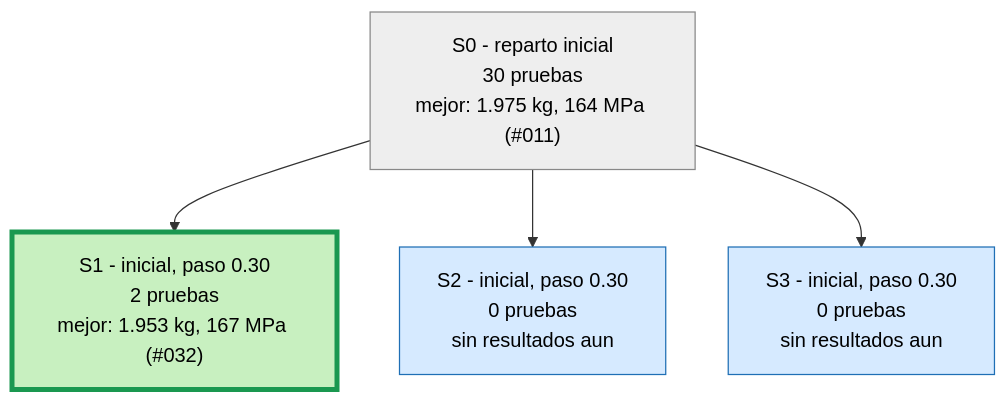
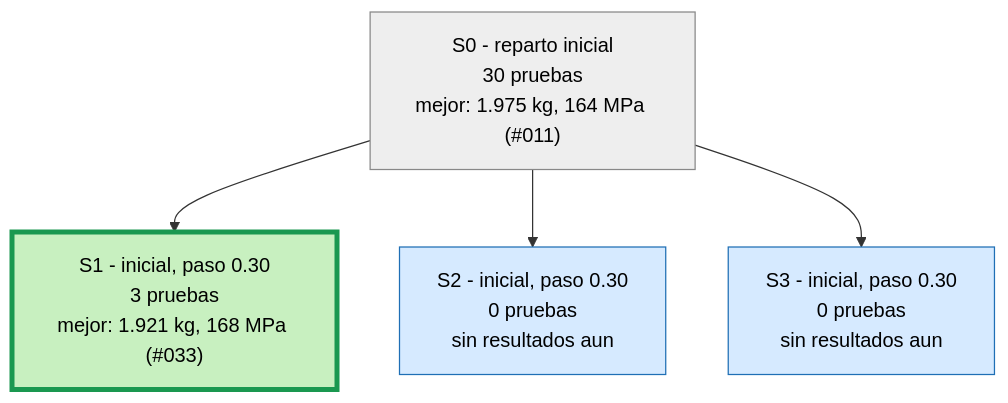
Before and after one commit to Hugiko/msd-soporte-optimizacion: the first of 4 diagrams in runs/opt_37800N/ARBOL.md, drawn with Mermaid. The commit also changed 43 other files, not shown here.

Commit message:
NUEVO MEJOR DISENO: 1.921 kg, 168 MPa (SimJEB modificado 033)

````diff
--- a/runs/opt_37800N/ARBOL.md
+++ b/runs/opt_37800N/ARBOL.md
@@ -9,13 +9,13 @@
 ```mermaid
 graph TD
 classDef activa fill:#d6eaff,stroke:#1f6fb5,color:#000
 classDef fin fill:#eeeeee,stroke:#888,color:#000
 classDef mejor fill:#c8f0c0,stroke:#1a9850,stroke-width:4px,color:#000
 S0["S0 - reparto inicial<br/>30 pruebas<br/>mejor: 1.975 kg, 164 MPa (#011)"]:::fin
-S1["S1 - inicial, paso 0.30<br/>2 pruebas<br/>mejor: 1.953 kg, 167 MPa (#032)"]:::mejor
+S1["S1 - inicial, paso 0.30<br/>3 pruebas<br/>mejor: 1.921 kg, 168 MPa (#033)"]:::mejor
 S0 --> S1
 S2["S2 - inicial, paso 0.30<br/>0 pruebas<br/>sin resultados aun"]:::activa
 S0 --> S2
 S3["S3 - inicial, paso 0.30<br/>0 pruebas<br/>sin resultados aun"]:::activa
 S0 --> S3
 ```
````
